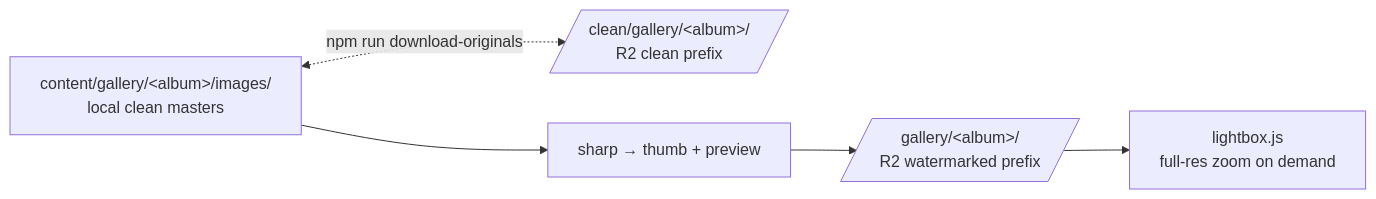
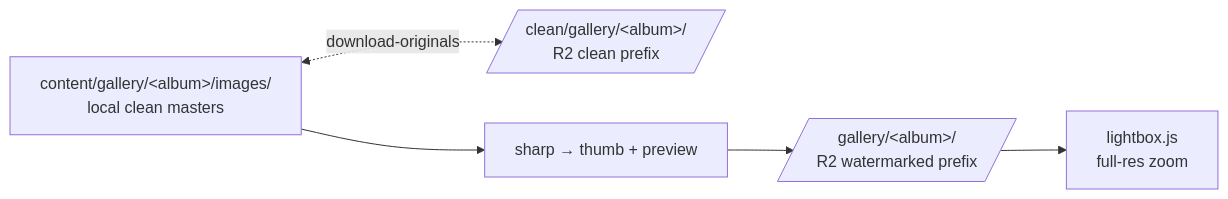
The third of 4 diagrams in README.md (nekrutnikolai/mysite), drawn with Mermaid before and after one commit. The commit also changed other lines of this file and 1 other file, not shown here.

First line of the commit message:
docs: refresh README + CLAUDE.md after recent architecture changes

````diff
--- a/README.md
+++ b/README.md
@@ -87,13 +83,13 @@
 ```mermaid
 flowchart LR
     LOCAL[content/gallery/&lt;album&gt;/images/<br/>local clean masters]
     CLEAN[/clean/gallery/&lt;album&gt;/<br/>R2 clean prefix/]
     WM[/gallery/&lt;album&gt;/<br/>R2 watermarked prefix/]
     SHARP[sharp → thumb + preview]
-    LIGHTBOX[lightbox.js<br/>full-res zoom on demand]
+    LIGHTBOX[lightbox.js<br/>full-res zoom]
 
-    LOCAL <-.npm run download-originals.-> CLEAN
+    LOCAL <-.download-originals.-> CLEAN
     LOCAL --> SHARP
     SHARP --> WM
     WM --> LIGHTBOX
 ```
````
